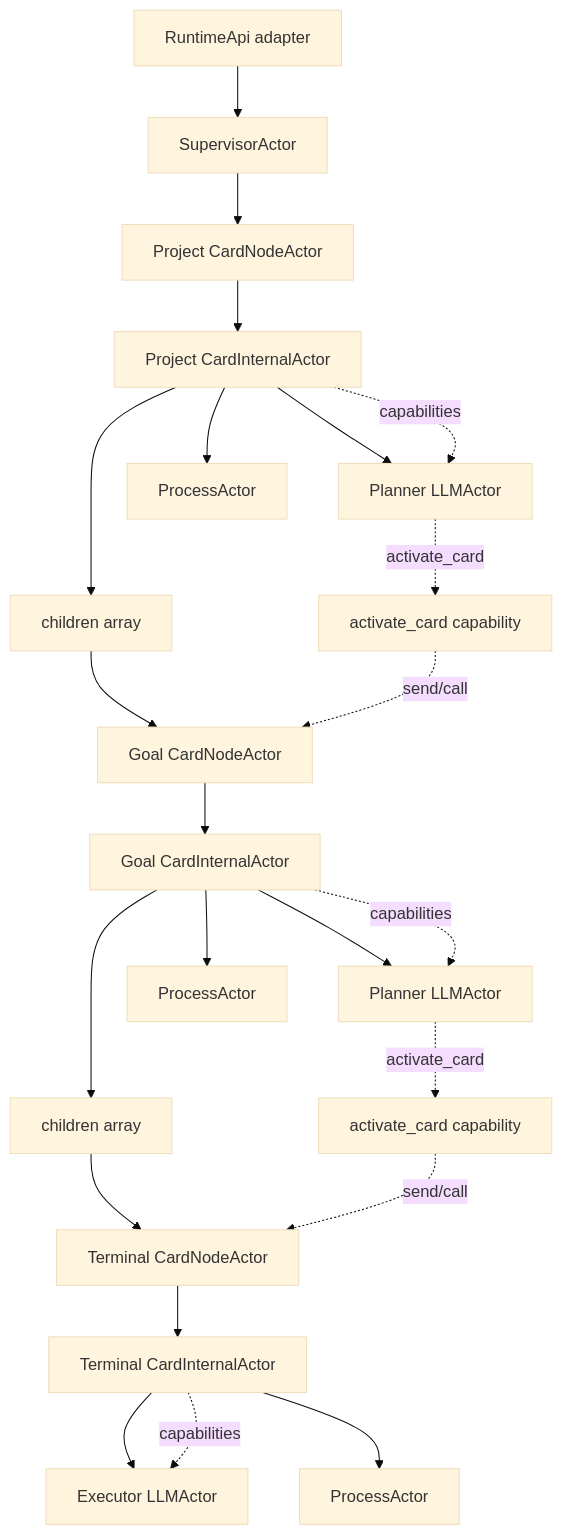
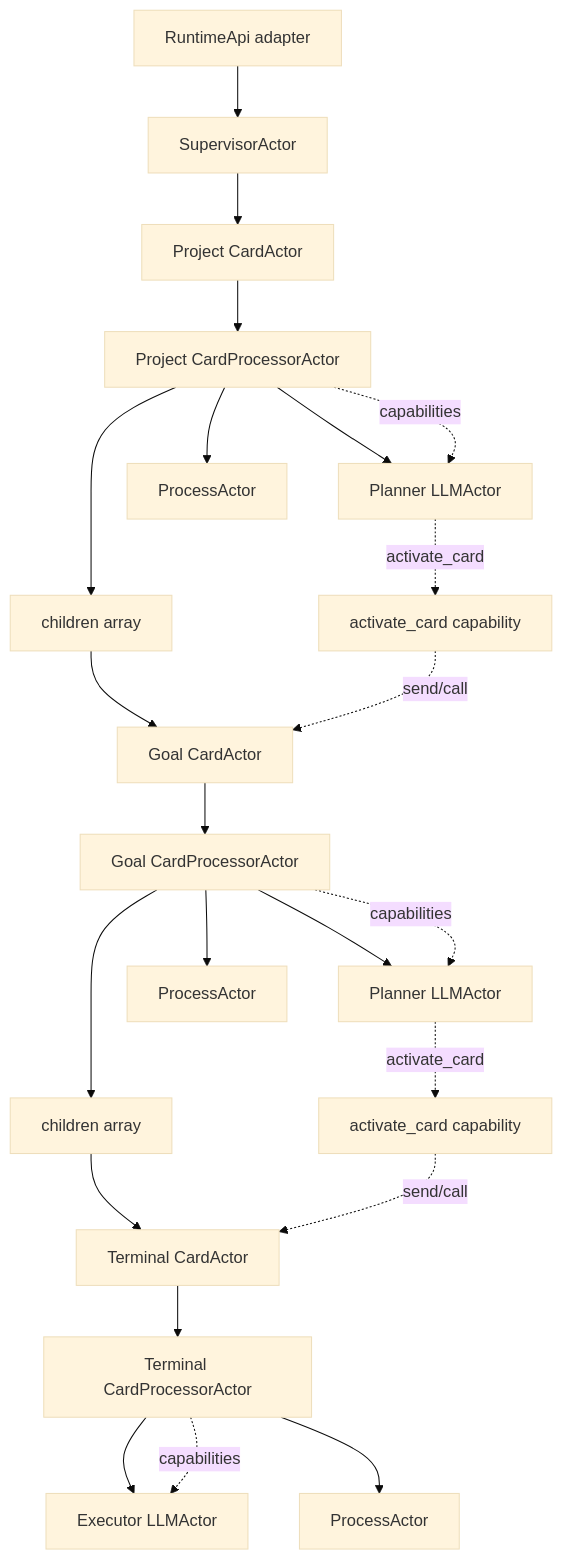
Before and after one commit to salva/saivage-v3: the diagram in docs/architecture/micro-actor-runtime-core.md, drawn with Mermaid (base theme). The commit also changed other lines of this file and 2 other files, not shown here.

````diff
--- a/docs/architecture/micro-actor-runtime-core.md
+++ b/docs/architecture/micro-actor-runtime-core.md
@@ -51,31 +51,31 @@
 ```mermaid
 graph TD
   api[RuntimeApi adapter] --> supervisor[SupervisorActor]
   supervisor --> projectNode
 
-  projectNode[Project CardNodeActor] --> projectInternal[Project CardInternalActor]
+  projectNode[Project CardActor] --> projectInternal[Project CardProcessorActor]
   projectInternal --> projectChildren[children array]
-  projectChildren --> goalNode[Goal CardNodeActor]
+  projectChildren --> goalNode[Goal CardActor]
 
-  goalNode --> goalInternal[Goal CardInternalActor]
+  goalNode --> goalInternal[Goal CardProcessorActor]
   goalInternal --> goalChildren[children array]
-  goalChildren --> terminalNode[Terminal CardNodeActor]
+  goalChildren --> terminalNode[Terminal CardActor]
 
-  terminalNode --> terminalInternal[Terminal CardInternalActor]
+  terminalNode --> terminalInternal[Terminal CardProcessorActor]
 
   projectInternal --> projectLlm[Planner LLMActor]
   goalInternal --> goalLlm[Planner LLMActor]
   terminalInternal --> terminalLlm[Executor LLMActor]
 
   projectInternal --> projectProcess[ProcessActor]
   goalInternal --> goalProcess[ProcessActor]
   terminalInternal --> terminalProcess[ProcessActor]
 
   projectInternal -. capabilities .-> projectLlm
   projectLlm -. activate_card .-> projectActivateCap[activate_card capability]
   projectActivateCap -. send/call .-> goalNode
   goalInternal -. capabilities .-> goalLlm
   goalLlm -. activate_card .-> goalActivateCap[activate_card capability]
   goalActivateCap -. send/call .-> terminalNode
   terminalInternal -. capabilities .-> terminalLlm
 ```
````
